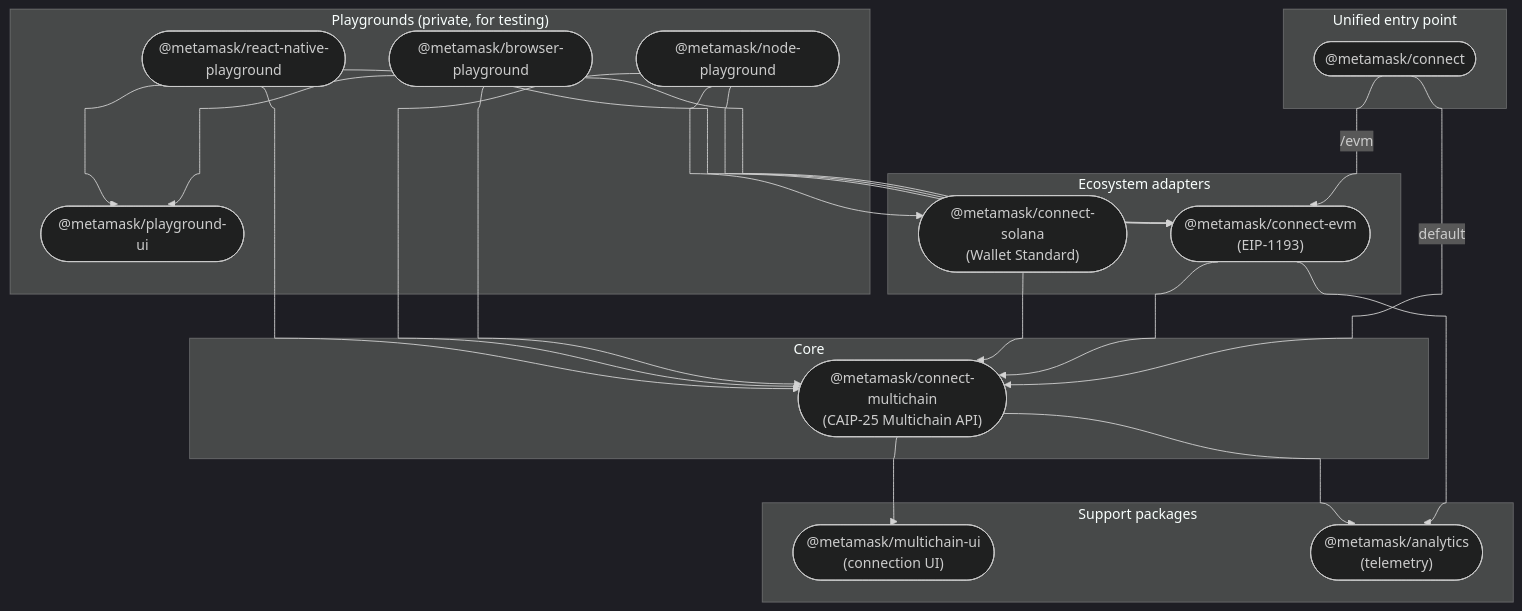
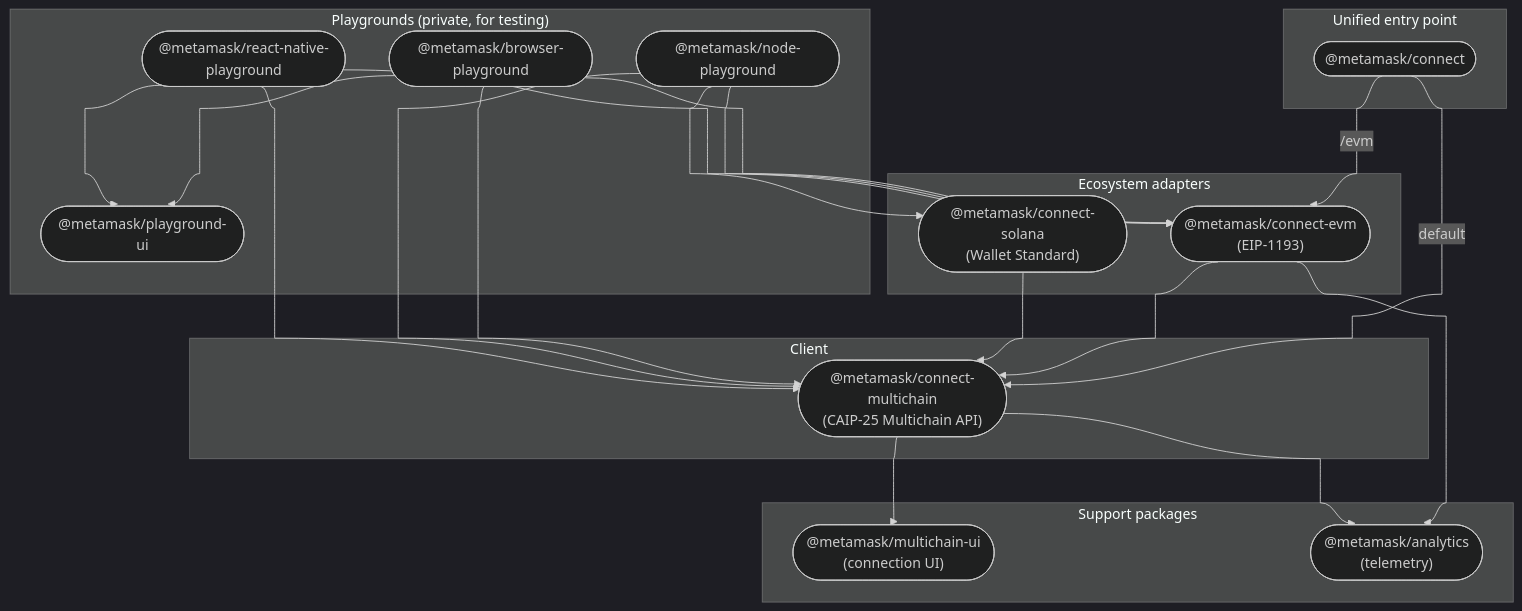
One commit to MetaMask/connect-monorepo changed the first of 2 diagrams in docs/architecture.md. Above: the diagram before and after it, drawn with Mermaid (dark theme). The commit also changed other lines of this file and 6 other files, not shown here.

First line of the commit message:
chore: use "client" instead of "core" terminology in docs

````diff
--- a/docs/architecture.md
+++ b/docs/architecture.md
@@ -15,42 +15,42 @@
 ```mermaid
 %%{ init: { 'flowchart': { 'curve': 'bumpX' } } }%%
 graph TD;
   subgraph Unified["Unified entry point"]
     connect(["@metamask/connect"]);
   end
   subgraph Adapters["Ecosystem adapters"]
     connect_evm(["@metamask/connect-evm<br/>(EIP-1193)"]);
     connect_solana(["@metamask/connect-solana<br/>(Wallet Standard)"]);
   end
-  subgraph Core["Core"]
+  subgraph Core["Client"]
     connect_multichain(["@metamask/connect-multichain<br/>(CAIP-25 Multichain API)"]);
   end
   subgraph Support["Support packages"]
     multichain_ui(["@metamask/multichain-ui<br/>(connection UI)"]);
     analytics(["@metamask/analytics<br/>(telemetry)"]);
   end
   subgraph Playgrounds["Playgrounds (private, for testing)"]
     browser_playground(["@metamask/browser-playground"]);
     node_playground(["@metamask/node-playground"]);
     react_native_playground(["@metamask/react-native-playground"]);
     playground_ui(["@metamask/playground-ui"]);
   end
 
   connect -->|default| connect_multichain;
   connect -->|/evm| connect_evm;
   connect_evm --> connect_multichain;
   connect_solana --> connect_multichain;
   connect_evm --> analytics;
   connect_multichain --> analytics;
   connect_multichain --> multichain_ui;
 
   browser_playground --> connect_evm;
   browser_playground --> connect_multichain;
   browser_playground --> playground_ui;
   node_playground --> connect_evm;
   node_playground --> connect_multichain;
   node_playground --> connect_solana;
   react_native_playground --> connect_evm;
   react_native_playground --> connect_multichain;
   react_native_playground --> playground_ui;
 ```
````
